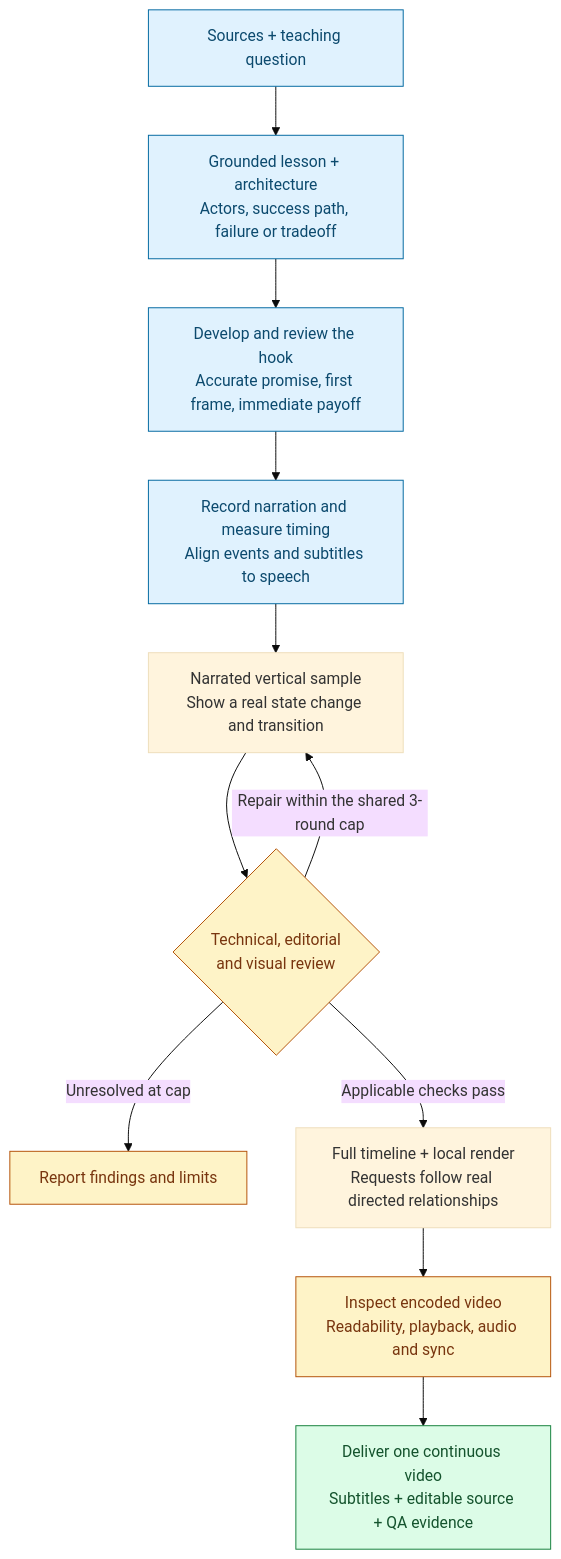
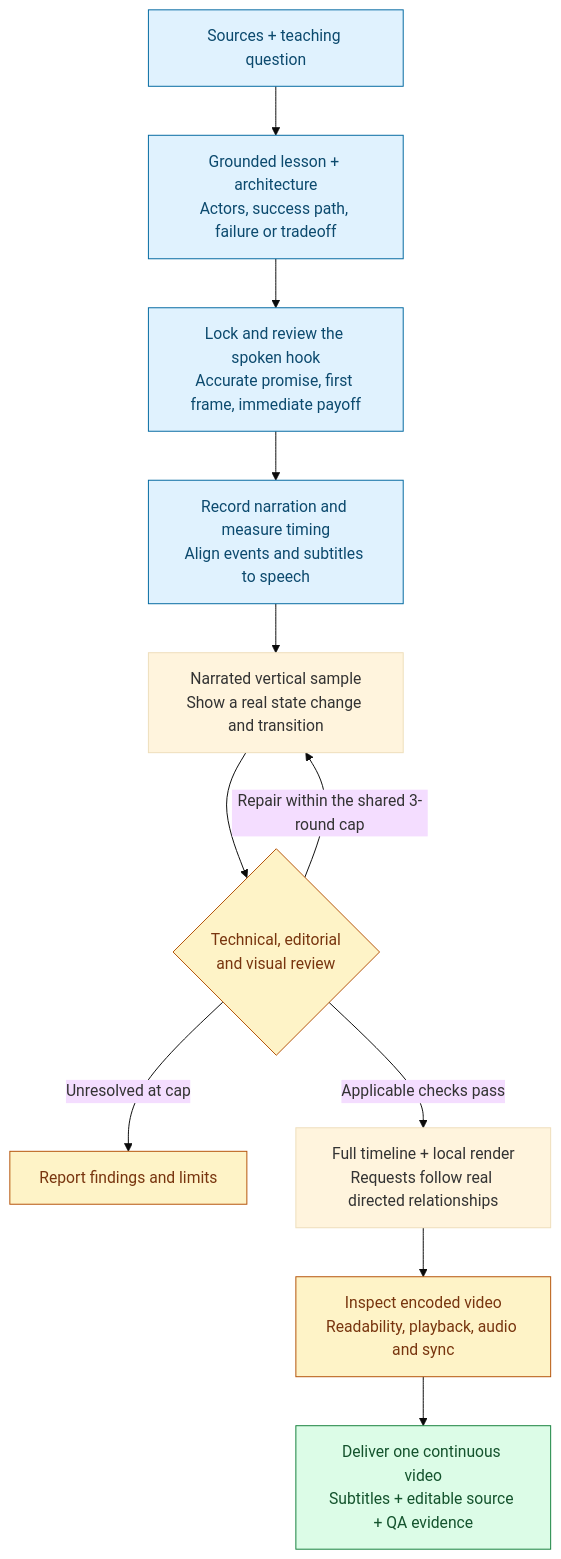
The diagram in README.md (JeffreyFerreiras/ai-skills), drawn with Mermaid (base theme) before and after one commit. The commit also changed other lines of this file and 6 other files, not shown here.

````diff
--- a/README.md
+++ b/README.md
@@ -44,19 +44,19 @@
 ```mermaid
 flowchart TD
     A["Sources + teaching question"] --> B["Grounded lesson + architecture<br/>Actors, success path, failure or tradeoff"]
-    B --> J["Develop and review the hook<br/>Accurate promise, first frame, immediate payoff"]
+    B --> J["Lock and review the spoken hook<br/>Accurate promise, first frame, immediate payoff"]
     J --> C["Record narration and measure timing<br/>Align events and subtitles to speech"]
     C --> D["Narrated vertical sample<br/>Show a real state change and transition"]
     D --> E{"Technical, editorial<br/>and visual review"}
     E -->|"Repair within the shared 3-round cap"| D
     E -->|"Unresolved at cap"| X["Report findings and limits"]
     E -->|"Applicable checks pass"| F["Full timeline + local render<br/>Requests follow real directed relationships"]
     F --> G["Inspect encoded video<br/>Readability, playback, audio and sync"]
     G --> H["Deliver one continuous video<br/>Subtitles + editable source + QA evidence"]
     classDef plan fill:#e0f2fe,stroke:#0369a1,color:#0c4a6e;
     classDef review fill:#fef3c7,stroke:#b45309,color:#78350f;
     classDef output fill:#dcfce7,stroke:#15803d,color:#14532d;
     class A,B,J,C plan;
     class E,G,X review;
     class H output;
 ```
````
